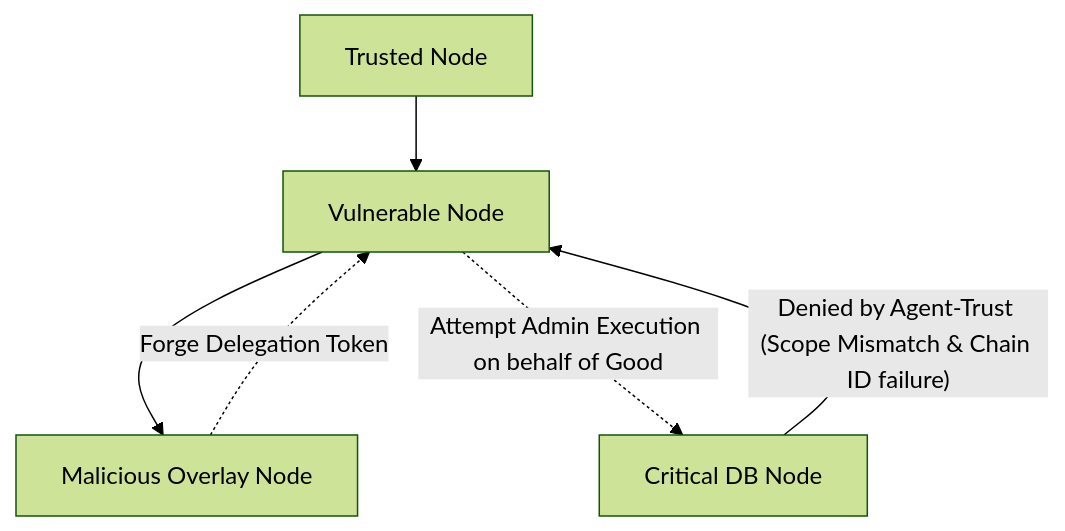
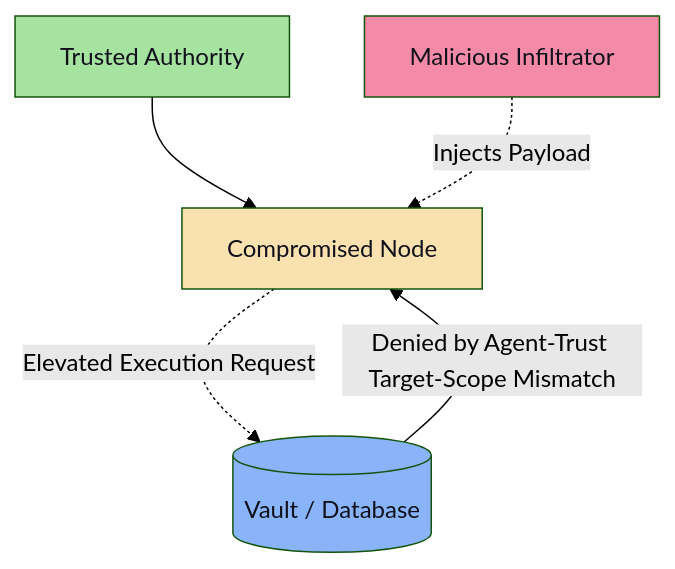
Before and after one commit to MrDecryptDecipher/Agent-Trust: diagram 15 of 30 in README.md, drawn with Mermaid (forest theme). The commit also changed other lines of this file, not shown here.

Commit message:
Fix rendering format for 30 Mermaid diagrams to strictly use basic edge and block formatting for complete compatiblity

````diff
--- a/README.md
+++ b/README.md
@@ -228,8 +314,13 @@
 ```mermaid
 graph TD
-    Good["Trusted Node"] --> Weak["Vulnerable Node"]
-    Weak --> Bad["Malicious Overlay Node"]
-    Bad -.->|"Forge Delegation Token"| Weak
-    Weak -.->|"Attempt Admin Execution on behalf of Good"| Target["Critical DB Node"]
-    Target -->|"Denied by Agent-Trust (Scope Mismatch & Chain ID failure)"| Weak
+    classDef good fill:#a6e3a1,color:#11111b;
+    classDef weak fill:#f9e2af,color:#11111b;
+    classDef bad fill:#f38ba8,color:#11111b;
+    classDef db fill:#89b4fa,color:#11111b;
+
+    Good["Trusted Authority"]:::good --> Weak["Compromised Node"]:::weak
+    Bad["Malicious Infiltrator"]:::bad -. "Injects Payload" .-> Weak
+    Weak -. "Elevated Execution Request" .-> Target[("Vault / Database")]:::db
+    
+    Target -- "Denied by Agent-Trust Target-Scope Mismatch" --> Weak
 ```
````
